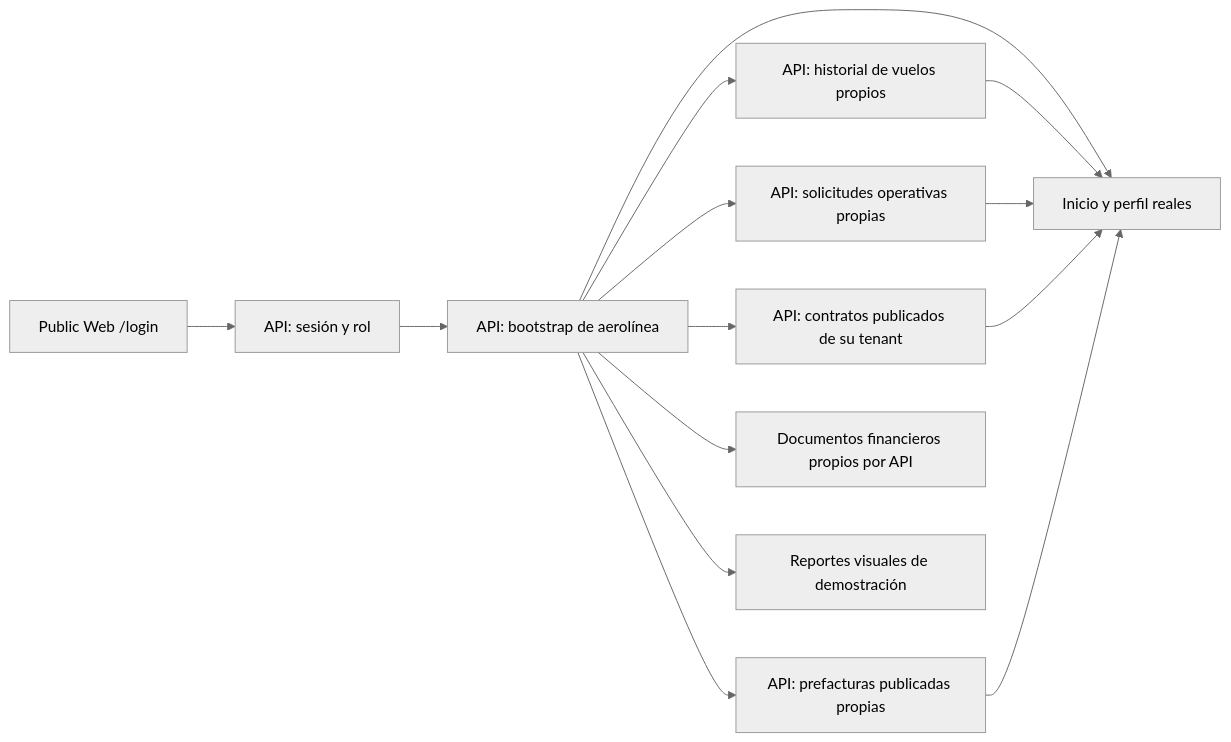
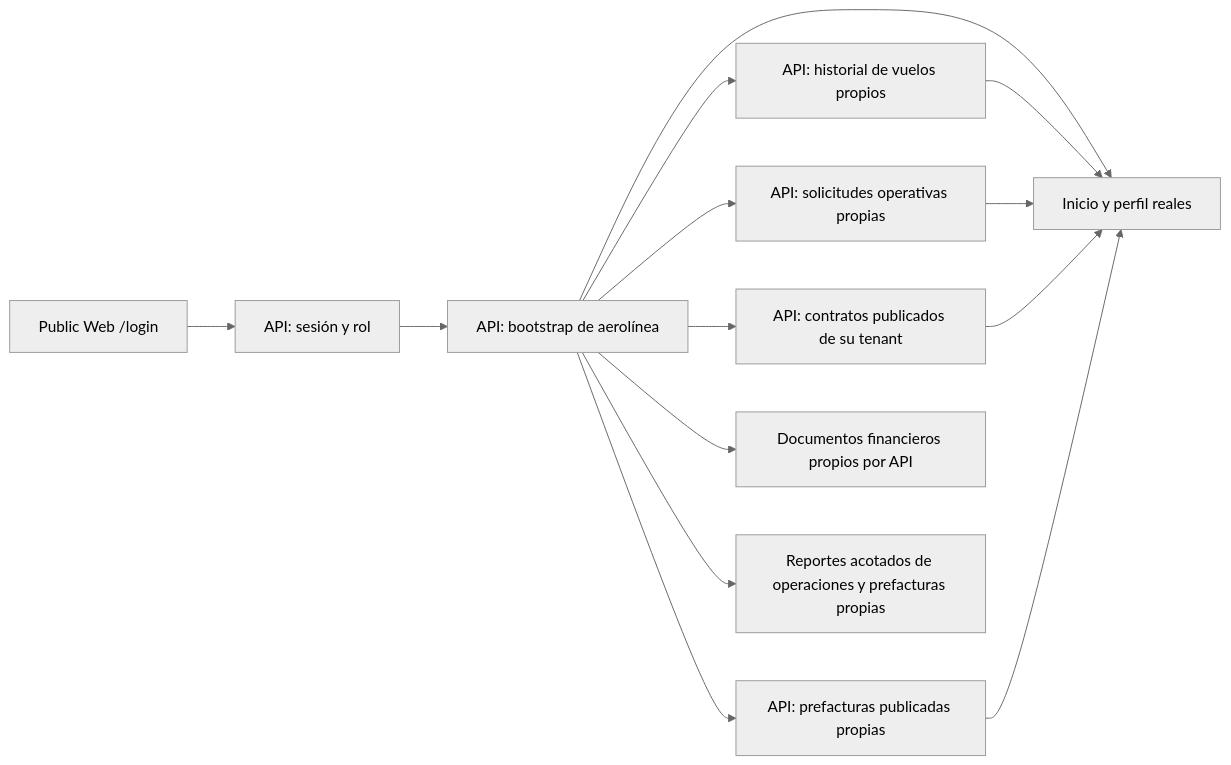
One commit to ErickEduardo027/ELEVANT changed the diagram in Vault/05-aplicaciones/public-web-portal.md. Above: the diagram before and after it, drawn with Mermaid (neutral theme). The commit also changed other lines of this file and 5 other files, not shown here.

````diff
--- a/Vault/05-aplicaciones/public-web-portal.md
+++ b/Vault/05-aplicaciones/public-web-portal.md
@@ -74,16 +75,16 @@
 ```mermaid
 flowchart LR
     L[Public Web /login] --> A[API: sesión y rol]
     A --> B[API: bootstrap de aerolínea]
     B --> R[Inicio y perfil reales]
     B --> H[API: historial de vuelos propios]
     H --> R
     B --> Q[API: solicitudes operativas propias]
     Q --> R
     B --> C[API: contratos publicados de su tenant]
     C --> R
     B --> F[API: prefacturas publicadas propias]
     F --> R
     B --> D[Documentos financieros propios por API]
-    B --> P[Reportes visuales de demostración]
+    B --> P[Reportes acotados de operaciones y prefacturas propias]
 ```
````
